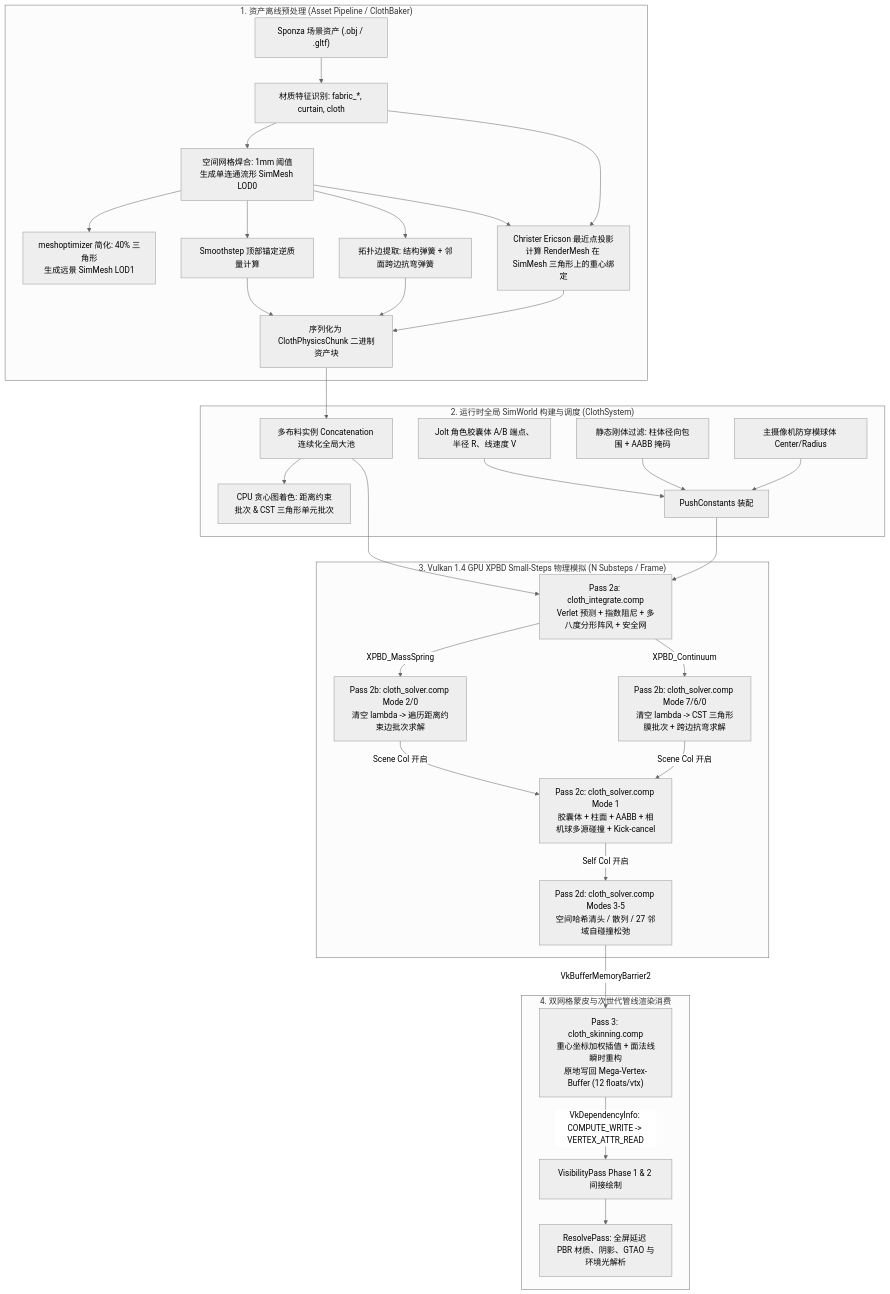
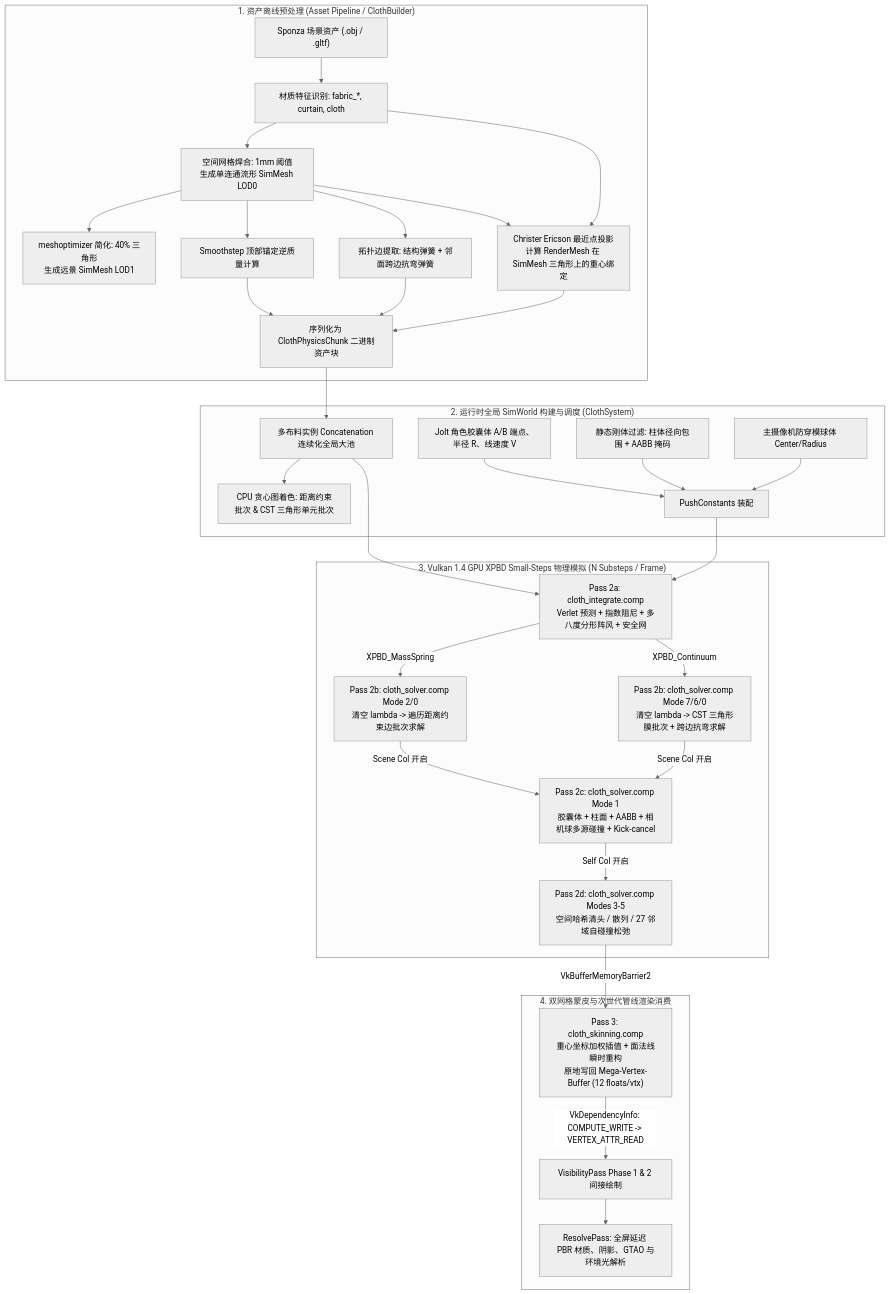
One commit to baojincn/BudEngine changed the diagram in doc/GPU_XPBD_Cloth.md. Above: the diagram before and after it, drawn with Mermaid (neutral theme). The commit also changed other lines of this file and 91 other files, not shown here.

Commit message:
feat(robot, render, pipeline): implement robot avatar simulation, URDF/DAE asset pipeline, and dynamic velocity pass

````diff
--- a/doc/GPU_XPBD_Cloth.md
+++ b/doc/GPU_XPBD_Cloth.md
@@ -47,34 +47,34 @@
 ```mermaid
 flowchart TD
-    subgraph Asset_Pipeline["1. 资产离线预处理 (Asset Pipeline / ClothBaker)"]
+    subgraph Asset_Pipeline["1. 资产离线预处理 (Asset Pipeline / ClothBuilder)"]
         A["Sponza 场景资产 (.obj / .gltf)"] --> B["材质特征识别: fabric_*, curtain, cloth"]
         B --> C1["空间网格焊合: 1mm 阈值<br/>生成单连通流形 SimMesh LOD0"]
         C1 --> C2["meshoptimizer 简化: 40% 三角形<br/>生成远景 SimMesh LOD1"]
         C1 --> D1["Smoothstep 顶部锚定逆质量计算"]
         C1 --> D2["拓扑边提取: 结构弹簧 + 邻面跨边抗弯弹簧"]
         C1 & B --> D3["Christer Ericson 最近点投影<br/>计算 RenderMesh 在 SimMesh 三角形上的重心绑定"]
         D1 & D2 & D3 --> D4["序列化为 ClothPhysicsChunk 二进制资产块"]
     end
 
     subgraph CPU_Runtime["2. 运行时全局 SimWorld 构建与调度 (ClothSystem)"]
         D4 --> E1["多布料实例 Concatenation 连续化全局大池"]
         E1 --> E2["CPU 贪心图着色: 距离约束批次 & CST 三角形单元批次"]
         F1["Jolt 角色胶囊体 A/B 端点、半径 R、线速度 V"] --> E3["PushConstants 装配"]
         F2["静态刚体过滤: 柱体径向包围 + AABB 掩码"] --> E3
         F3["主摄像机防穿模球体 Center/Radius"] --> E3
     end
 
     subgraph GPU_Substep_Loop["3. Vulkan 1.4 GPU XPBD Small-Steps 物理模拟 (N Substeps / Frame)"]
         E1 & E3 --> H1["Pass 2a: cloth_integrate.comp<br/>Verlet 预测 + 指数阻尼 + 多八度分形阵风 + 安全网"]
         H1 -->|"XPBD_MassSpring"| H2["Pass 2b: cloth_solver.comp Mode 2/0<br/>清空 lambda -> 遍历距离约束边批次求解"]
         H1 -->|"XPBD_Continuum"| H3["Pass 2b: cloth_solver.comp Mode 7/6/0<br/>清空 lambda -> CST 三角形膜批次 + 跨边抗弯求解"]
         H2 & H3 -->|"Scene Col 开启"| H4["Pass 2c: cloth_solver.comp Mode 1<br/>胶囊体 + 柱面 + AABB + 相机球多源碰撞 + Kick-cancel"]
         H4 -->|"Self Col 开启"| H5["Pass 2d: cloth_solver.comp Modes 3-5<br/>空间哈希清头 / 散列 / 27 邻域自碰撞松弛"]
     end
 
     subgraph GPU_Skinning_Render["4. 双网格蒙皮与次世代管线渲染消费"]
         H5 -->|"VkBufferMemoryBarrier2"| I1["Pass 3: cloth_skinning.comp<br/>重心坐标加权插值 + 面法线瞬时重构<br/>原地写回 Mega-Vertex-Buffer (12 floats/vtx)"]
         I1 -->|"VkDependencyInfo: COMPUTE_WRITE -> VERTEX_ATTR_READ"| I2["VisibilityPass Phase 1 & 2 间接绘制"]
         I2 --> I3["ResolvePass: 全屏延迟 PBR 材质、阴影、GTAO 与环境光解析"]
     end
 ```
````
